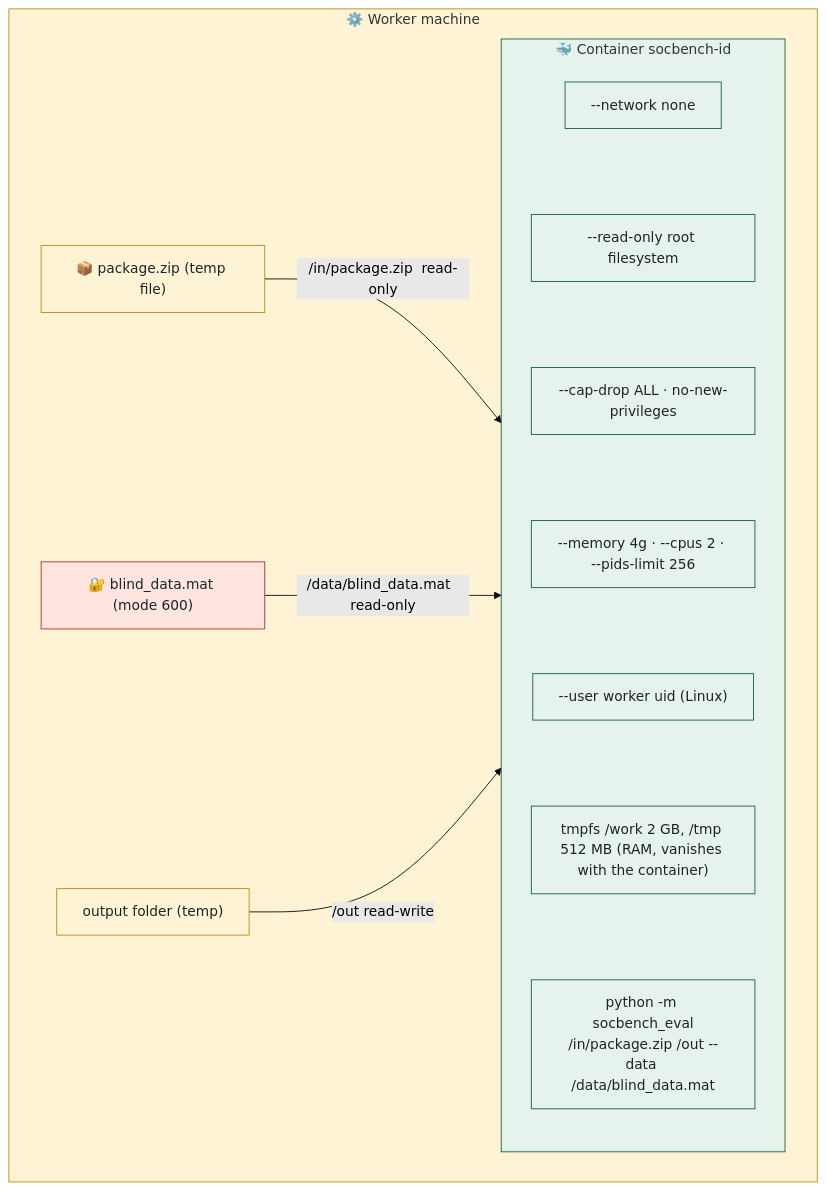
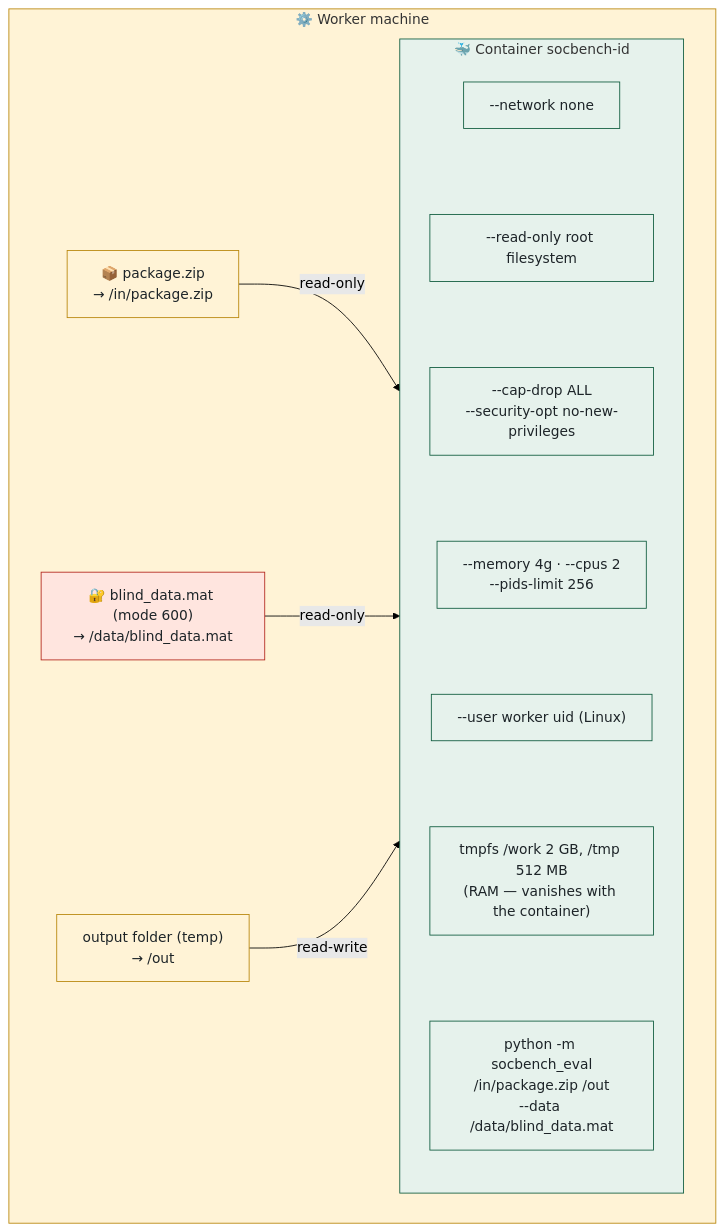
The eighth of 11 diagrams in docs/walkthrough/04-life-of-a-submission-end-to-end.md (McMaster-Battery-Research-Group/battery-soc-benchmark), drawn with Mermaid (forest theme) before and after one commit. The commit also changed other lines of this file and 10 other files, not shown here.

Commit message:
Walkthrough: every diagram now fits GitHub's content column (no scaling), larger timeline fonts, bigger logos

````diff
--- a/docs/walkthrough/04-life-of-a-submission-end-to-end.md
+++ b/docs/walkthrough/04-life-of-a-submission-end-to-end.md
@@ -200,28 +209,28 @@
 ```mermaid
 flowchart TB
     subgraph HOST["⚙️ Worker machine"]
-        PKG["📦 package.zip (temp file)"]
-        BD["🔐 blind_data.mat (mode 600)"]
-        OUT["output folder (temp)"]
+        PKG["📦 package.zip<br/>→ /in/package.zip"]
+        BD["🔐 blind_data.mat (mode 600)<br/>→ /data/blind_data.mat"]
+        OUT["output folder (temp)<br/>→ /out"]
         subgraph C["🐳 Container socbench-id"]
             direction TB
             R1["--network none"] ~~~ R2["--read-only root filesystem"]
-            R2 ~~~ R3["--cap-drop ALL · no-new-privileges"]
-            R3 ~~~ R4["--memory 4g · --cpus 2 · --pids-limit 256"]
+            R2 ~~~ R3["--cap-drop ALL<br/>--security-opt no-new-privileges"]
+            R3 ~~~ R4["--memory 4g · --cpus 2<br/>--pids-limit 256"]
             R4 ~~~ R5["--user worker uid (Linux)"]
-            R5 ~~~ R6["tmpfs /work 2 GB, /tmp 512 MB (RAM, vanishes with the container)"]
-            R6 ~~~ EV["python -m socbench_eval<br/>/in/package.zip /out --data /data/blind_data.mat"]
+            R5 ~~~ R6["tmpfs /work 2 GB, /tmp 512 MB<br/>(RAM — vanishes with the container)"]
+            R6 ~~~ EV["python -m socbench_eval<br/>/in/package.zip /out<br/>--data /data/blind_data.mat"]
         end
     end
-    PKG -- "/in/package.zip  read-only" --> C
-    BD -- "/data/blind_data.mat  read-only" --> C
-    OUT -- "/out  read-write" --> C
+    PKG -- "read-only" --> C
+    BD -- "read-only" --> C
+    OUT -- "read-write" --> C
     style HOST fill:#FFF3D6,stroke:#B8860B
     style C fill:#E6F2EC,stroke:#0E5B3D
     classDef worker fill:#FFF3D6,stroke:#B8860B,color:#1d2428
     classDef danger fill:#FFE5DF,stroke:#B3261E,color:#1d2428
     classDef sandbox fill:#E6F2EC,stroke:#0E5B3D,color:#1d2428
     class PKG,OUT worker
     class BD danger
     class R1,R2,R3,R4,R5,R6,EV sandbox
 ```
````
